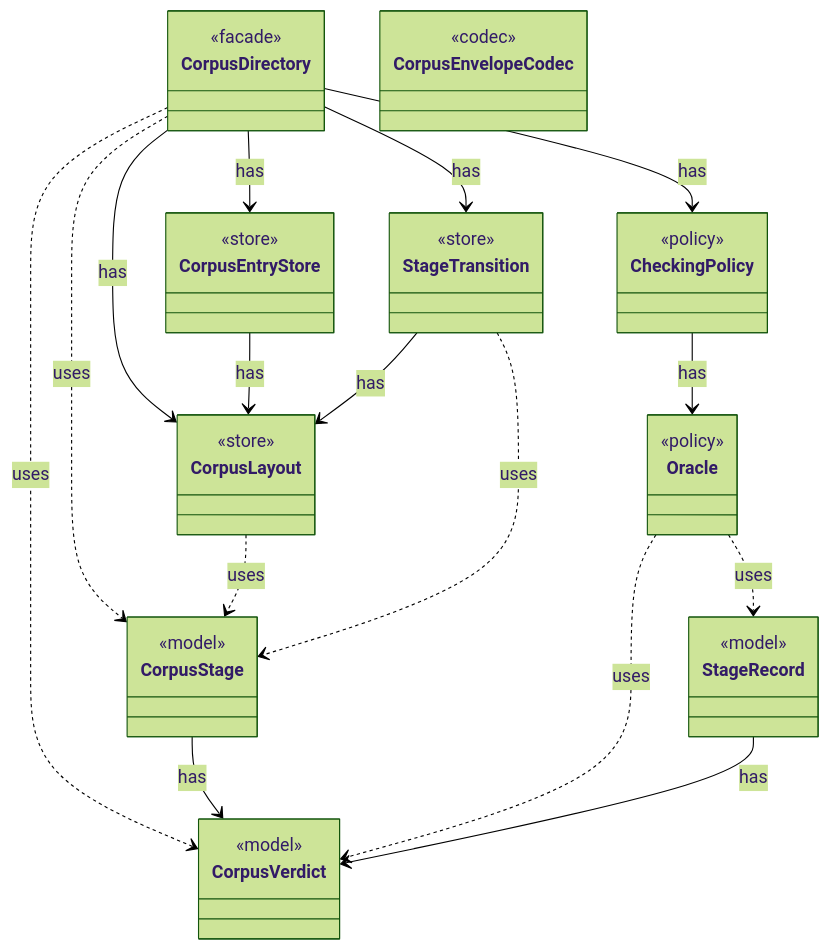
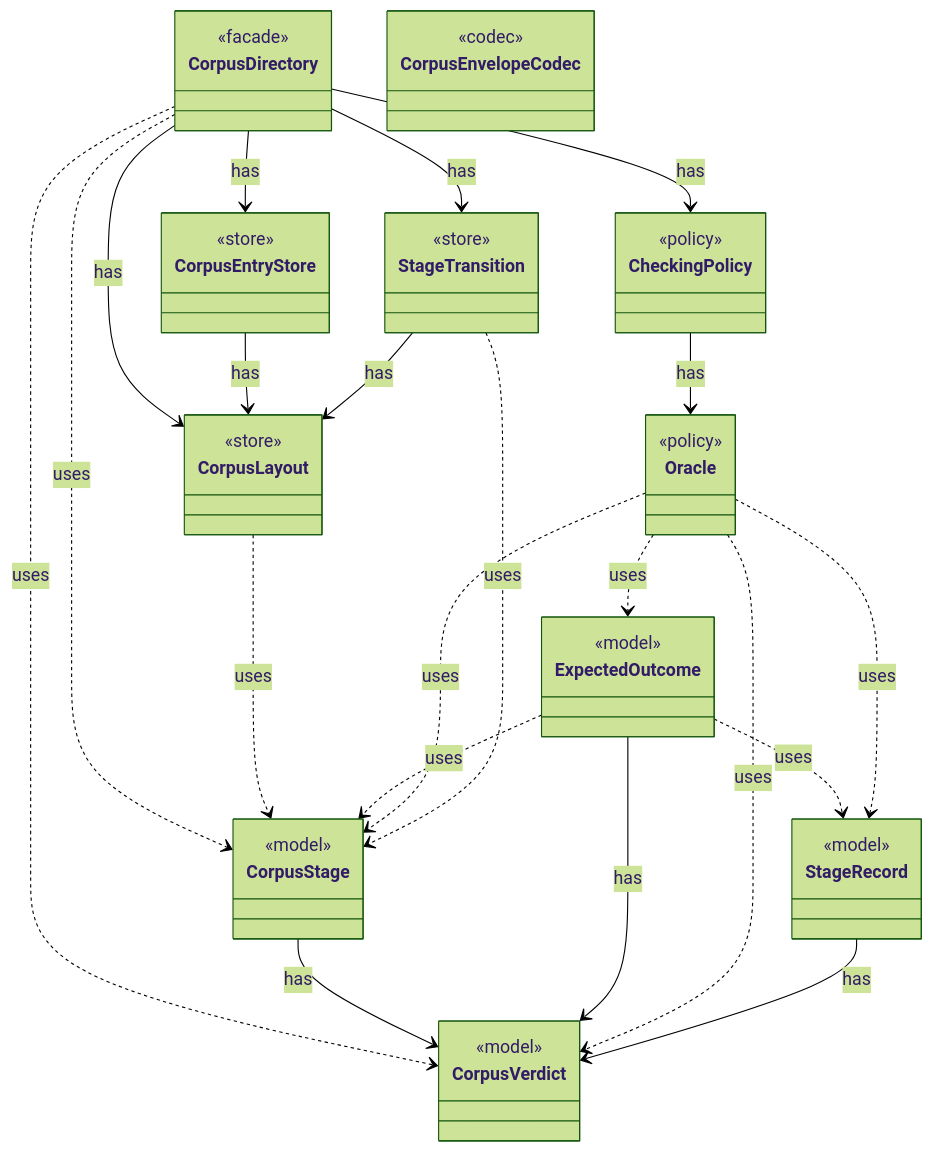
Before and after one commit to tlaplus/model-checker-hardening: the diagram in dev/modules/corpus.md, drawn with Mermaid (forest theme). The commit also changed other lines of this file and 401 other files, not shown here.

````diff
--- a/dev/modules/corpus.md
+++ b/dev/modules/corpus.md
@@ -12,48 +12,56 @@
 ```mermaid
 classDiagram
   class CheckingPolicy {
     <<policy>>
   }
   class CorpusDirectory {
     <<facade>>
   }
   class CorpusEntryStore {
     <<store>>
   }
   class CorpusEnvelopeCodec {
     <<codec>>
   }
   class CorpusLayout {
     <<store>>
   }
   class CorpusStage {
     <<model>>
   }
   class CorpusVerdict {
     <<model>>
   }
+  class ExpectedOutcome {
+    <<model>>
+  }
   class Oracle {
     <<policy>>
   }
   class StageRecord {
     <<model>>
   }
   class StageTransition {
     <<store>>
   }
   CheckingPolicy --> Oracle : has
   CorpusDirectory --> CheckingPolicy : has
   CorpusDirectory --> CorpusEntryStore : has
   CorpusDirectory --> CorpusLayout : has
   CorpusDirectory ..> CorpusStage : uses
   CorpusDirectory ..> CorpusVerdict : uses
   CorpusDirectory --> StageTransition : has
   CorpusEntryStore --> CorpusLayout : has
   CorpusLayout ..> CorpusStage : uses
   CorpusStage --> CorpusVerdict : has
+  ExpectedOutcome ..> CorpusStage : uses
+  ExpectedOutcome --> CorpusVerdict : has
+  ExpectedOutcome ..> StageRecord : uses
+  Oracle ..> CorpusStage : uses
   Oracle ..> CorpusVerdict : uses
+  Oracle ..> ExpectedOutcome : uses
   Oracle ..> StageRecord : uses
   StageRecord --> CorpusVerdict : has
   StageTransition --> CorpusLayout : has
   StageTransition ..> CorpusStage : uses
 ```
````
